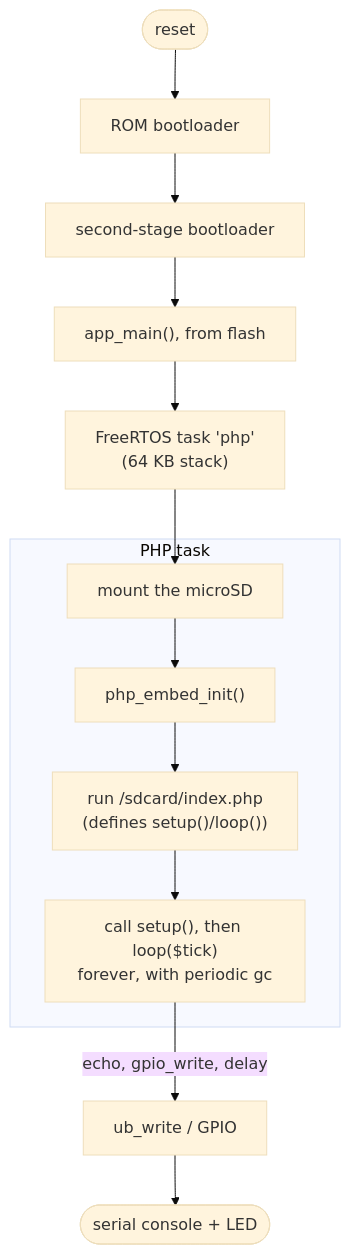
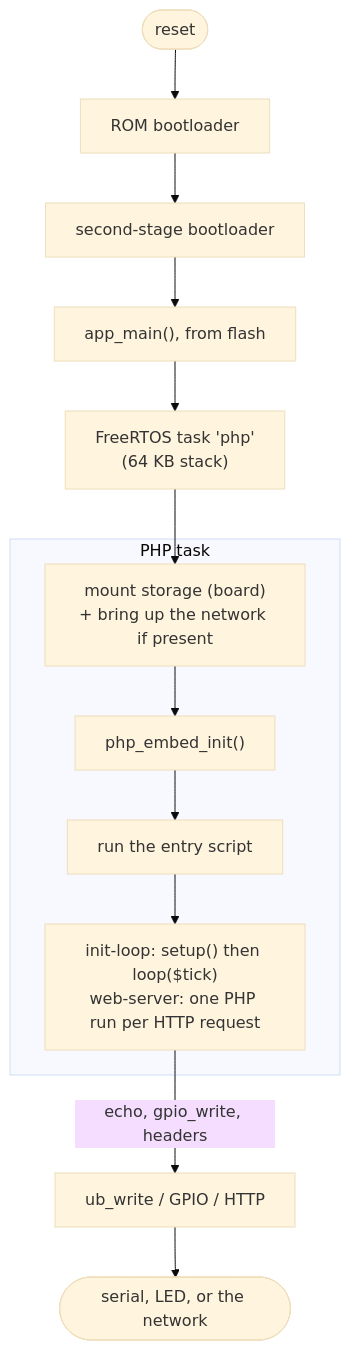
One commit to php-baremetal/php-esp32 changed the second of 2 diagrams in docs/architecture.md. Above: the diagram before and after it, drawn with Mermaid (base theme). The commit also changed other lines of this file and 11 other files, not shown here.

````diff
--- a/docs/architecture.md
+++ b/docs/architecture.md
@@ -70,18 +66,18 @@
 ```mermaid
 flowchart TD
     RESET([reset]) --> ROM[ROM bootloader]
     ROM --> BL2[second-stage bootloader]
     BL2 --> APPMAIN["app_main(), from flash"]
     APPMAIN --> TASK["FreeRTOS task 'php'<br/>(64 KB stack)"]
 
     subgraph PHPTASK["PHP task"]
-        MOUNT["mount the microSD"]
+        MOUNT["mount storage (board)<br/>+ bring up the network if present"]
         INIT["php_embed_init()"]
-        RUN["run /sdcard/index.php<br/>(defines setup()/loop())"]
-        LOOP["call setup(), then loop($tick)<br/>forever, with periodic gc"]
+        RUN["run the entry script"]
+        MODEL["init-loop: setup() then loop($tick)<br/>web-server: one PHP run per HTTP request"]
     end
 
-    TASK --> MOUNT --> INIT --> RUN --> LOOP
-    LOOP -->|echo, gpio_write, delay| OUT["ub_write / GPIO"]
-    OUT --> WORLD([serial console + LED])
+    TASK --> MOUNT --> INIT --> RUN --> MODEL
+    MODEL -->|echo, gpio_write, headers| OUT["ub_write / GPIO / HTTP"]
+    OUT --> WORLD([serial, LED, or the network])
 ```
````
